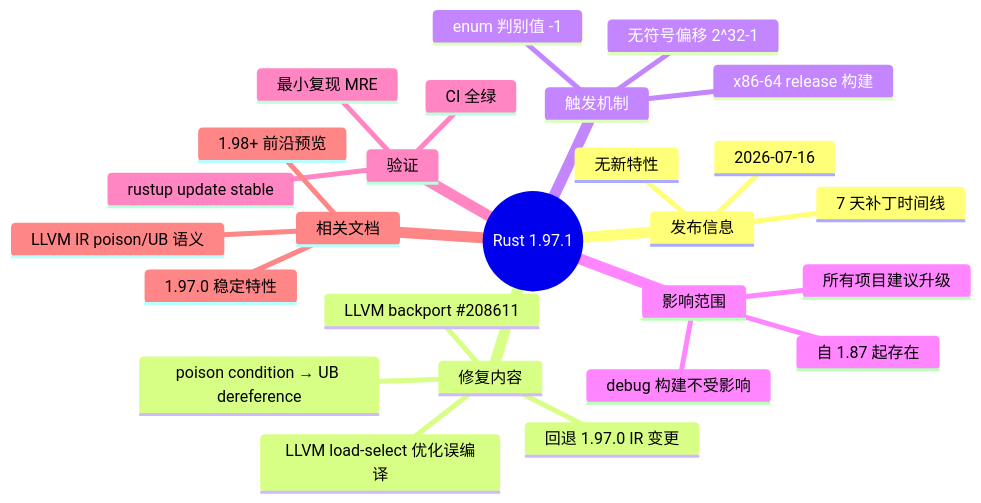
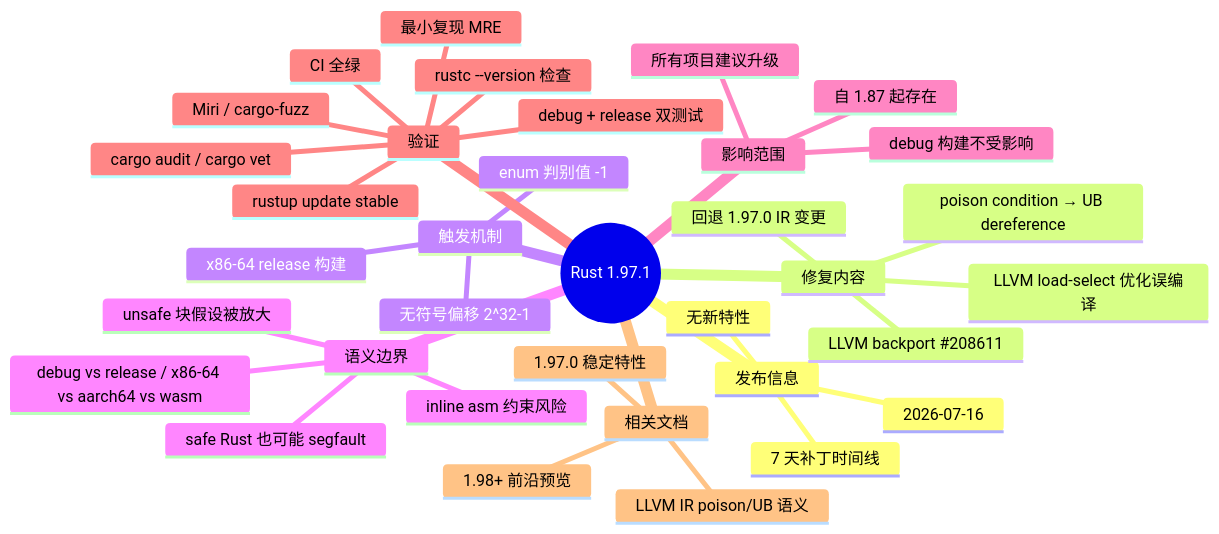
The diagram in concept/07_future/00_version_tracking/rust_1_97_1.md (martin-ly/rust-lang), drawn with Mermaid before and after one commit. The commit also changed other lines of this file and 28 other files, not shown here.

````diff
--- a/concept/07_future/00_version_tracking/rust_1_97_1.md
+++ b/concept/07_future/00_version_tracking/rust_1_97_1.md
@@ -256,29 +398,38 @@
 ```mermaid
 mindmap
   root((Rust 1.97.1))
     发布信息
       2026-07-16
       无新特性
       7 天补丁时间线
     修复内容
       LLVM load-select 优化误编译
       poison condition → UB dereference
       LLVM backport #208611
       回退 1.97.0 IR 变更
     触发机制
       enum 判别值 -1
       无符号偏移 2^32-1
       x86-64 release 构建
+    语义边界
+      safe Rust 也可能 segfault
+      unsafe 块假设被放大
+      inline asm 约束风险
+      debug vs release / x86-64 vs aarch64 vs wasm
     影响范围
       自 1.87 起存在
       debug 构建不受影响
       所有项目建议升级
     验证
       最小复现 MRE
+      rustc --version 检查
+      cargo audit / cargo vet
+      debug + release 双测试
+      Miri / cargo-fuzz
       rustup update stable
       CI 全绿
     相关文档
       1.97.0 稳定特性
       LLVM IR poison/UB 语义
       1.98+ 前沿预览
 ```
````
